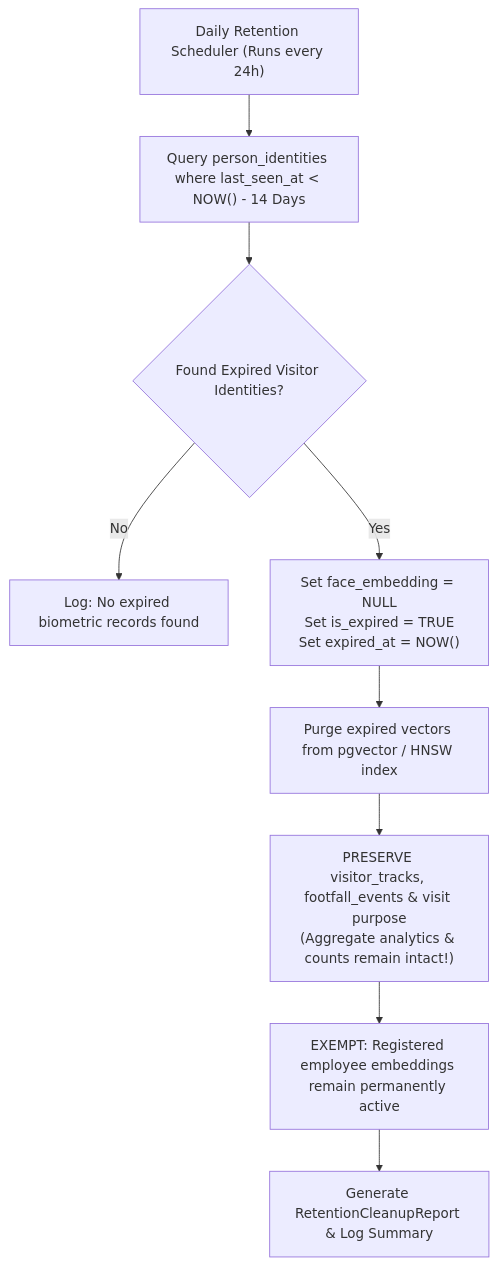
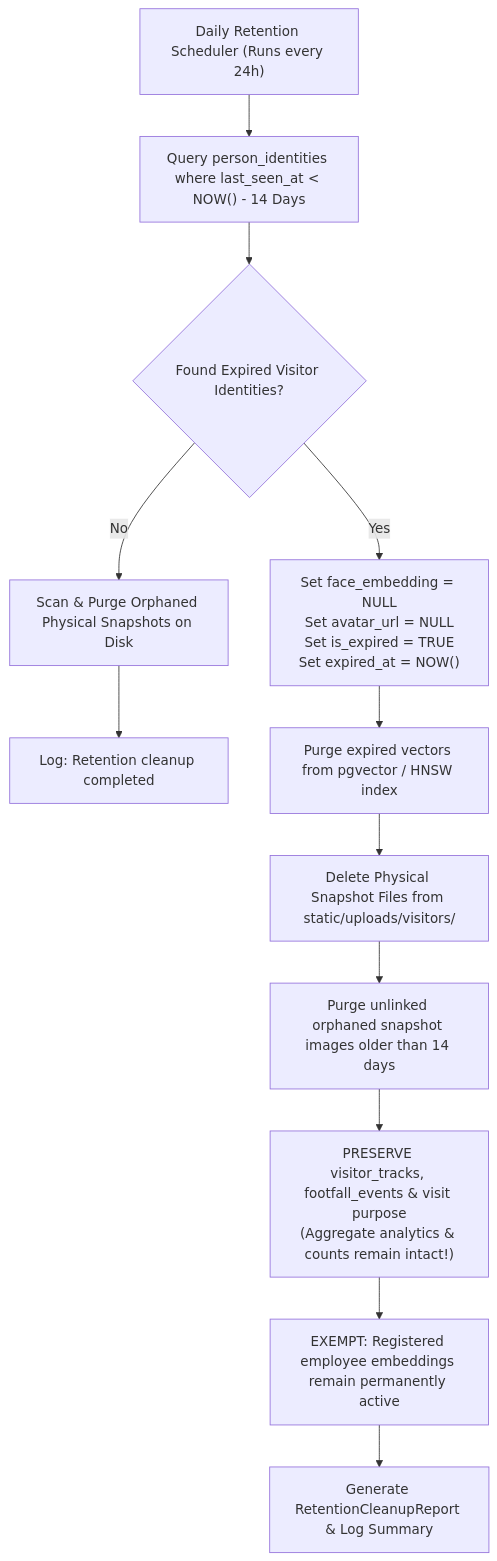
Before and after one commit to sujitctpl/jms-tech: the eighth of 9 diagrams in flow.md, drawn with Mermaid. The commit also changed other lines of this file and 78 other files, not shown here.

````diff
--- a/flow.md
+++ b/flow.md
@@ -494,12 +553,15 @@
 ```mermaid
 flowchart TD
     Start["Daily Retention Scheduler (Runs every 24h)"] --> Query["Query person_identities where last_seen_at < NOW() - 14 Days"]
     Check{"Found Expired Visitor Identities?"}
     Query --> Check
-    Check -- No --> Finish["Log: No expired biometric records found"]
-    Check -- Yes --> PurgeDB["Set face_embedding = NULL\nSet is_expired = TRUE\nSet expired_at = NOW()"]
+    Check -- No --> ScanOrphaned["Scan & Purge Orphaned Physical Snapshots on Disk"]
+    ScanOrphaned --> Finish["Log: Retention cleanup completed"]
+    Check -- Yes --> PurgeDB["Set face_embedding = NULL\nSet avatar_url = NULL\nSet is_expired = TRUE\nSet expired_at = NOW()"]
     PurgeDB --> PurgeVectors["Purge expired vectors from pgvector / HNSW index"]
-    PurgeVectors --> KeepStats["PRESERVE visitor_tracks, footfall_events & visit purpose\n(Aggregate analytics & counts remain intact!)"]
+    PurgeVectors --> DeleteFiles["Delete Physical Snapshot Files from static/uploads/visitors/"]
+    DeleteFiles --> PurgeOrphaned["Purge unlinked orphaned snapshot images older than 14 days"]
+    PurgeOrphaned --> KeepStats["PRESERVE visitor_tracks, footfall_events & visit purpose\n(Aggregate analytics & counts remain intact!)"]
     KeepStats --> ExemptStaff["EXEMPT: Registered employee embeddings remain permanently active"]
     ExemptStaff --> Report["Generate RetentionCleanupReport & Log Summary"]
 ```
````
